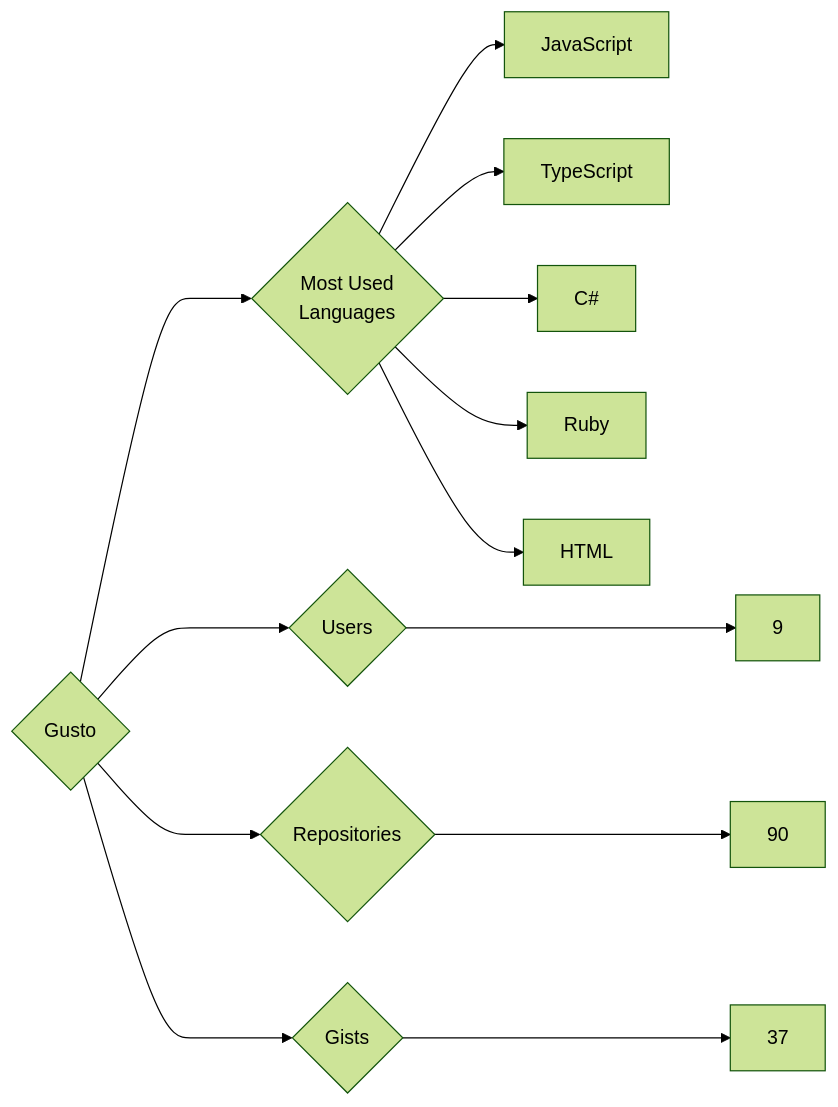
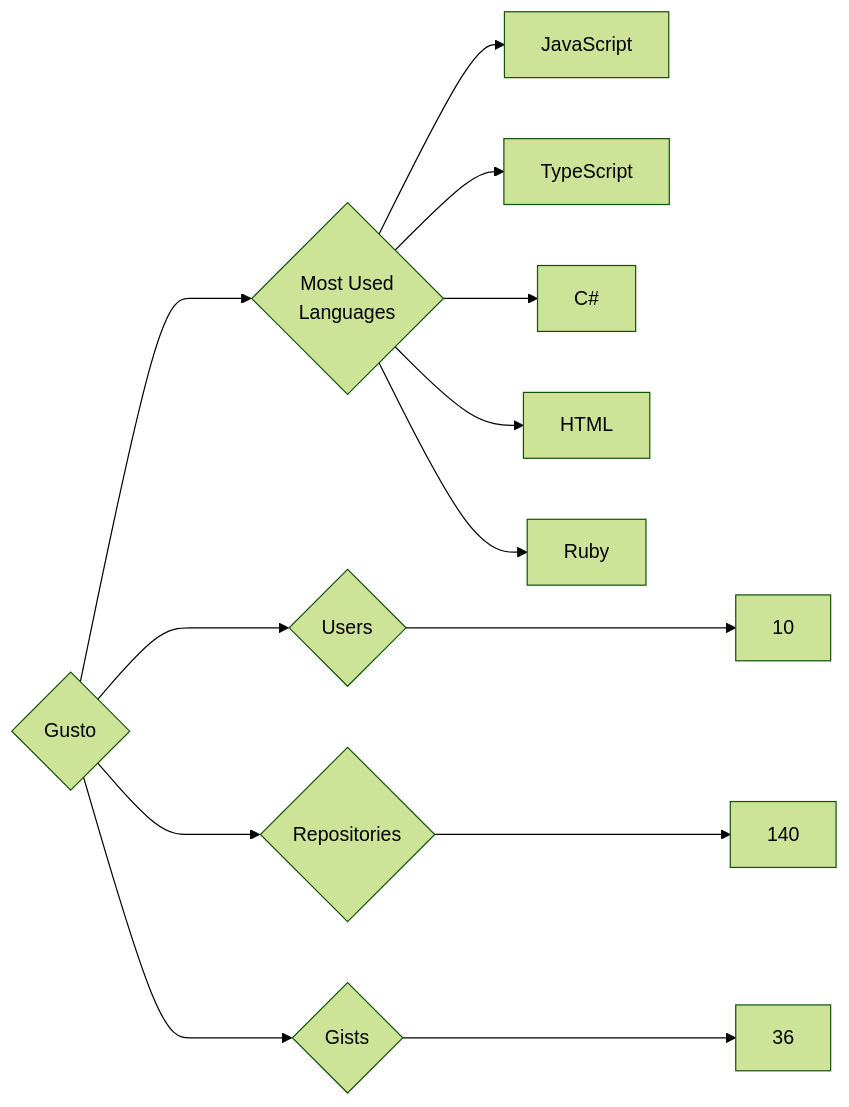
The diagram in targets/Gusto/README.md (trickest/insiders), drawn with Mermaid (forest theme) before and after one commit. The commit also changed 914 other files, not shown here.

````diff
--- a/targets/Gusto/README.md
+++ b/targets/Gusto/README.md
@@ -3,13 +3,13 @@
 ```mermaid
 graph LR
 COMPANY_NAME{Gusto}
-COMPANY_NAME ---> U{Users} ---> UN[9]
-COMPANY_NAME ---> R{Repositories} ---> RN[90]
-COMPANY_NAME ---> G{Gists} ---> GN[37]
+COMPANY_NAME ---> U{Users} ---> UN[10]
+COMPANY_NAME ---> R{Repositories} ---> RN[140]
+COMPANY_NAME ---> G{Gists} ---> GN[36]
 COMPANY_NAME ---> ML{Most Used<br>Languages}
 ML --> JavaScript[JavaScript]
 ML --> TypeScript[TypeScript]
 ML --> C#[C#]
+ML --> HTML[HTML]
 ML --> Ruby[Ruby]
-ML --> HTML[HTML]
 ```
````
